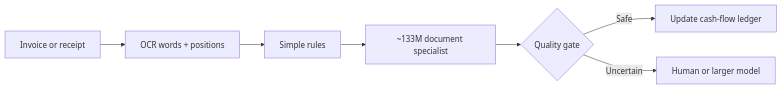
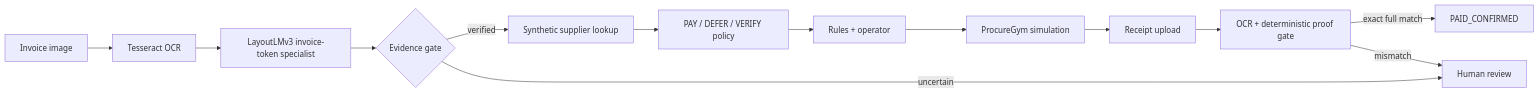
The diagram in README.md (sasap91/invoiceagent), drawn with Mermaid before and after one commit. The commit also changed other lines of this file and 52 other files, not shown here.

````diff
--- a/README.md
+++ b/README.md
@@ -24,9 +22,15 @@
 ```mermaid
 flowchart LR
-    A[Invoice or receipt] --> B[OCR words + positions]
-    B --> C[Simple rules]
-    C --> D[~133M document specialist]
-    D --> E{Quality gate}
-    E -->|Safe| F[Update cash-flow ledger]
-    E -->|Uncertain| G[Human or larger model]
+    A[Invoice image] --> B[Tesseract OCR]
+    B --> C[LayoutLMv3 invoice-token specialist]
+    C --> D{Evidence gate}
+    D -->|verified| E[Synthetic supplier lookup]
+    D -->|uncertain| R[Human review]
+    E --> F[PAY / DEFER / VERIFY policy]
+    F --> G[Rules + operator]
+    G --> H[ProcureGym simulation]
+    H --> I[Receipt upload]
+    I --> J[OCR + deterministic proof gate]
+    J -->|exact full match| K[PAID_CONFIRMED]
+    J -->|mismatch| R
 ```
````
